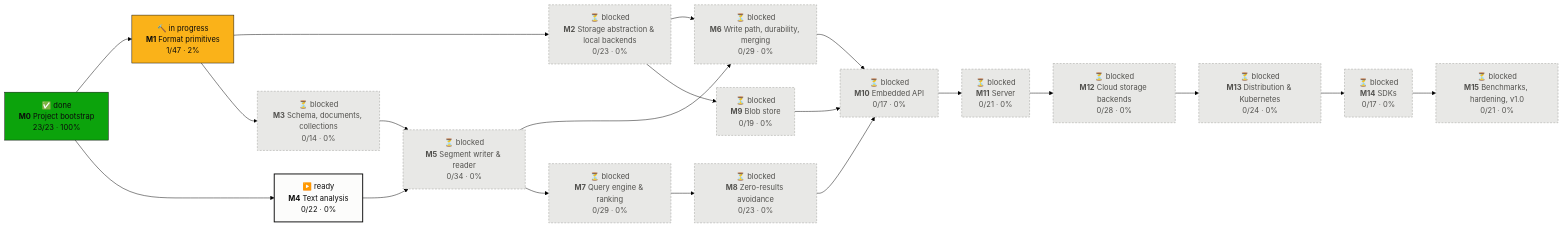
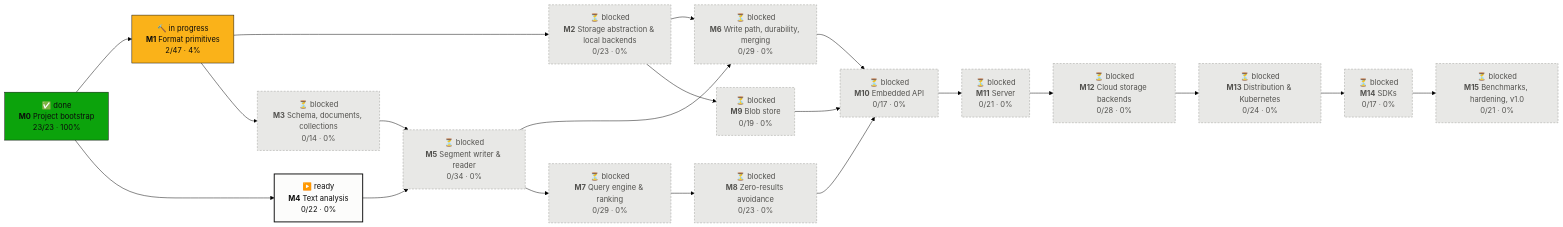
Before and after one commit to tomiok/persiaDB: the first of 2 diagrams in PROGRESS.md, drawn with Mermaid (forest theme). The commit also changed other lines of this file and 5 other files, not shown here.

Commit message:
feat(format): expect_zeros/write_zeros for reserved fields; address review (ROADMAP 1.1.1.2)

````diff
--- a/PROGRESS.md
+++ b/PROGRESS.md
@@ -14,42 +14,42 @@
 ```mermaid
 flowchart LR
   M0["✅ done<br/><b>M0</b> Project bootstrap<br/>23/23 · 100%"]:::done
-  M1["🔨 in progress<br/><b>M1</b> Format primitives<br/>1/47 · 2%"]:::doing
+  M1["🔨 in progress<br/><b>M1</b> Format primitives<br/>2/47 · 4%"]:::doing
   M2["⏳ blocked<br/><b>M2</b> Storage abstraction & local backends<br/>0/23 · 0%"]:::blocked
   M3["⏳ blocked<br/><b>M3</b> Schema, documents, collections<br/>0/14 · 0%"]:::blocked
   M4["▶️ ready<br/><b>M4</b> Text analysis<br/>0/22 · 0%"]:::ready
   M5["⏳ blocked<br/><b>M5</b> Segment writer & reader<br/>0/34 · 0%"]:::blocked
   M6["⏳ blocked<br/><b>M6</b> Write path, durability, merging<br/>0/29 · 0%"]:::blocked
   M7["⏳ blocked<br/><b>M7</b> Query engine & ranking<br/>0/29 · 0%"]:::blocked
   M8["⏳ blocked<br/><b>M8</b> Zero-results avoidance<br/>0/23 · 0%"]:::blocked
   M9["⏳ blocked<br/><b>M9</b> Blob store<br/>0/19 · 0%"]:::blocked
   M10["⏳ blocked<br/><b>M10</b> Embedded API<br/>0/17 · 0%"]:::blocked
   M11["⏳ blocked<br/><b>M11</b> Server<br/>0/21 · 0%"]:::blocked
   M12["⏳ blocked<br/><b>M12</b> Cloud storage backends<br/>0/28 · 0%"]:::blocked
   M13["⏳ blocked<br/><b>M13</b> Distribution & Kubernetes<br/>0/24 · 0%"]:::blocked
   M14["⏳ blocked<br/><b>M14</b> SDKs<br/>0/17 · 0%"]:::blocked
   M15["⏳ blocked<br/><b>M15</b> Benchmarks, hardening, v1.0<br/>0/21 · 0%"]:::blocked
   M0 --> M1
   M1 --> M2
   M1 --> M3
   M0 --> M4
   M3 --> M5
   M4 --> M5
   M2 --> M6
   M5 --> M6
   M5 --> M7
   M7 --> M8
   M2 --> M9
   M6 --> M10
   M8 --> M10
   M9 --> M10
   M10 --> M11
   M11 --> M12
   M12 --> M13
   M13 --> M14
   M14 --> M15
   classDef done fill:#0ca30c,stroke:#0b0b0b,color:#0b0b0b
   classDef doing fill:#fab219,stroke:#0b0b0b,color:#0b0b0b
   classDef ready fill:#fcfcfb,stroke:#0b0b0b,stroke-width:2px,color:#0b0b0b
   classDef blocked fill:#e8e8e6,stroke:#9a9a96,stroke-dasharray:4 3,color:#52514e
 ```
````
